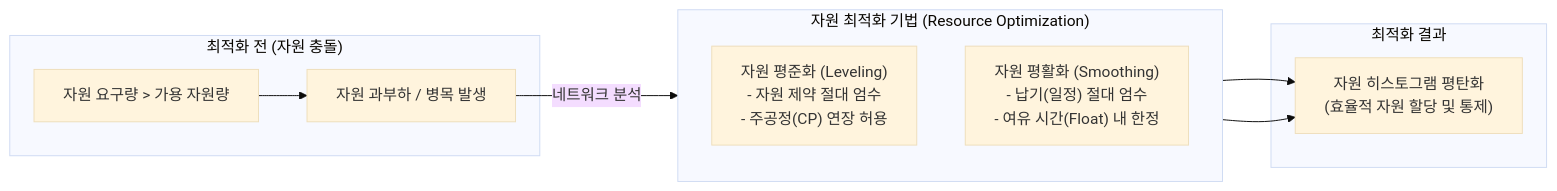
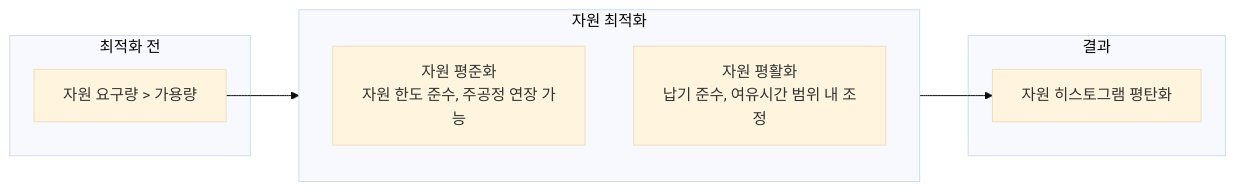
Before and after one commit to supremethumb/supremethumb.github.io: the diagram in content/01_IT Tech/자원 최적화.md, drawn with Mermaid (base theme). The commit also changed other lines of this file and 1087 other files, not shown here.

````diff
--- a/content/01_IT Tech/자원 최적화.md
+++ b/content/01_IT Tech/자원 최적화.md
@@ -27,23 +36,15 @@
 ```mermaid
 flowchart LR
-    subgraph Input ["최적화 전 (자원 충돌)"]
-        Req["자원 요구량 > 가용 자원량"]
-        Conflict["자원 과부하 / 병목 발생"]
+    subgraph In ["최적화 전"]
+        Req["자원 요구량 > 가용량"]
     end
-    
-    subgraph Technique ["자원 최적화 기법 (Resource Optimization)"]
+    subgraph Tq ["자원 최적화"]
         direction TB
-        Level["자원 평준화 (Leveling)<br/>- 자원 제약 절대 엄수<br/>- 주공정(CP) 연장 허용"]
-        Smooth["자원 평활화 (Smoothing)<br/>- 납기(일정) 절대 엄수<br/>- 여유 시간(Float) 내 한정"]
+        Lv["자원 평준화<br/>자원 한도 준수, 주공정 연장 가능"]
+        Sm["자원 평활화<br/>납기 준수, 여유시간 범위 내 조정"]
     end
-    
-    subgraph Output ["최적화 결과"]
-        Balance["자원 히스토그램 평탄화<br/>(효율적 자원 할당 및 통제)"]
+    subgraph Out ["결과"]
+        Bal["자원 히스토그램 평탄화"]
     end
-    
-    Req --> Conflict
-    Conflict -->|네트워크 분석| Technique
-    Level --> Balance
-    Smooth --> Balance
-
+    Req --> Tq --> Bal
 ```
````
